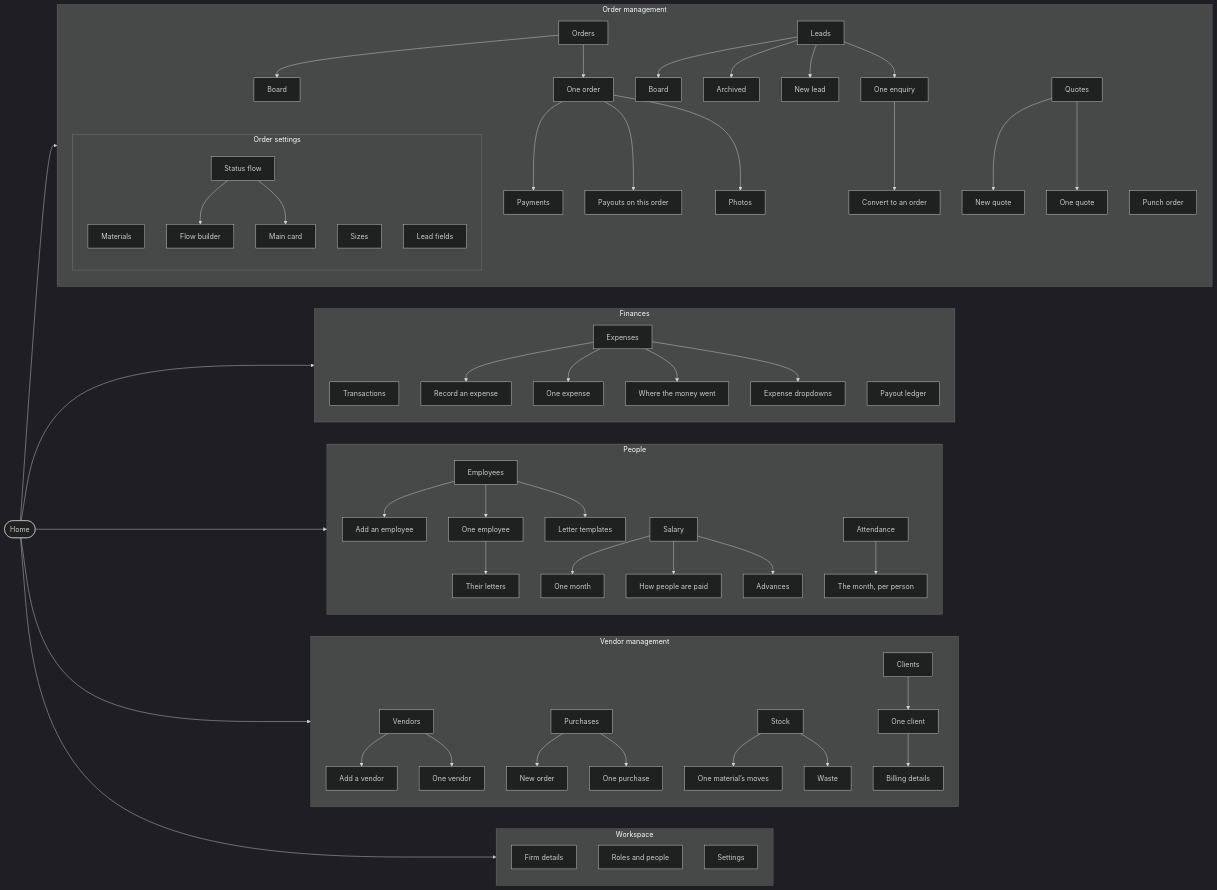
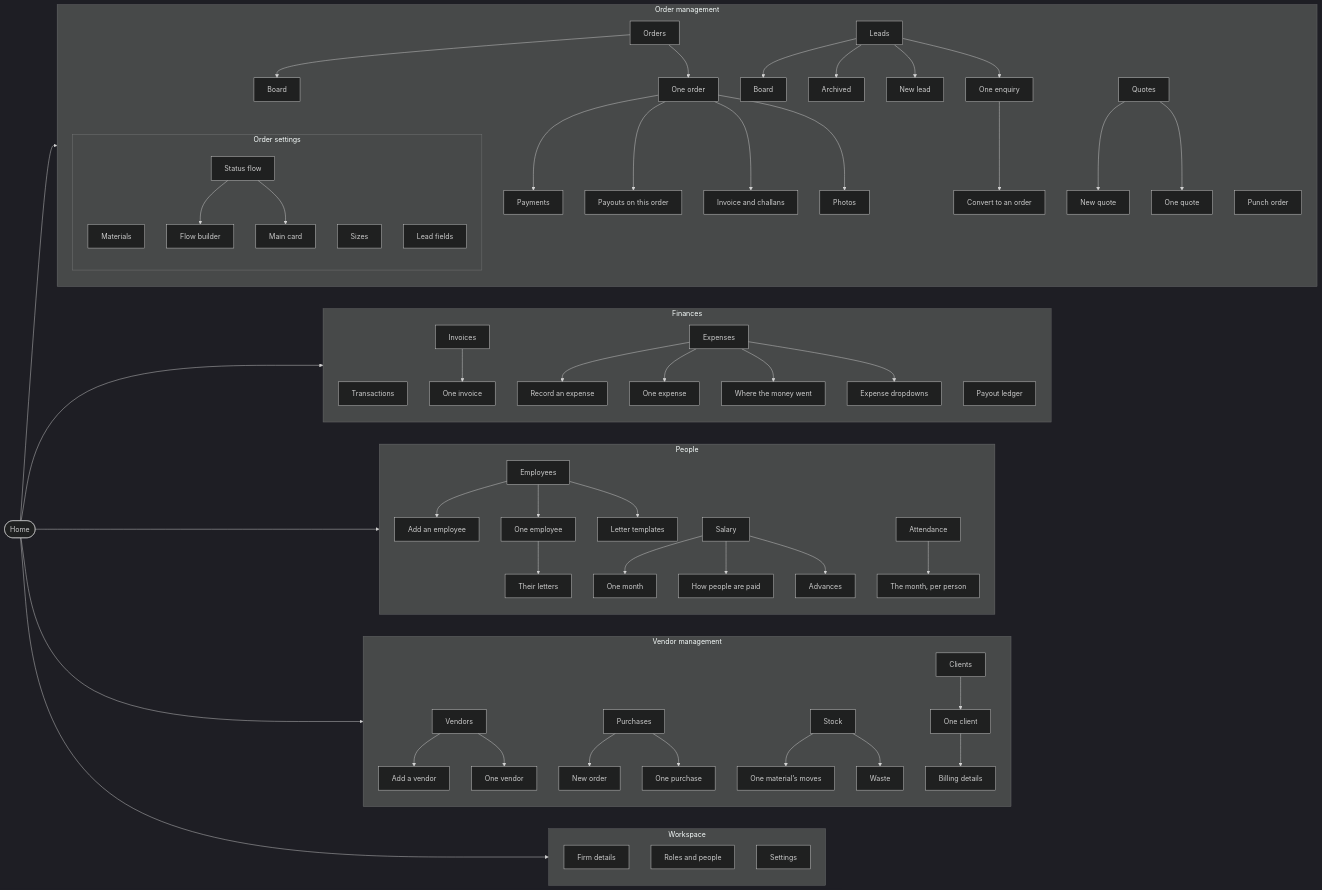
One commit to firstleaptechnologies-coder/factory-automation changed the diagram in docs/NAVIGATION.md. Above: the diagram before and after it, drawn with Mermaid (dark theme). The commit also changed other lines of this file and 38 other files, not shown here.

```diff
--- a/docs/NAVIGATION.md
+++ b/docs/NAVIGATION.md
@@ -30,6 +30,8 @@
     order_detail --> order_payments
     order_payouts["Payouts on this order"]
     order_detail --> order_payouts
+    order_invoice["Invoice and challans"]
+    order_detail --> order_invoice
     order_photos["Photos"]
     order_detail --> order_photos
     leads["Leads"]
@@ -65,6 +67,9 @@
     direction TB
     transactions["Transactions"]
     payouts["Payout ledger"]
+    invoices["Invoices"]
+    invoice_detail["One invoice"]
+    invoices --> invoice_detail
     expenses["Expenses"]
     expense_form["Record an expense"]
     expenses --> expense_form
```
